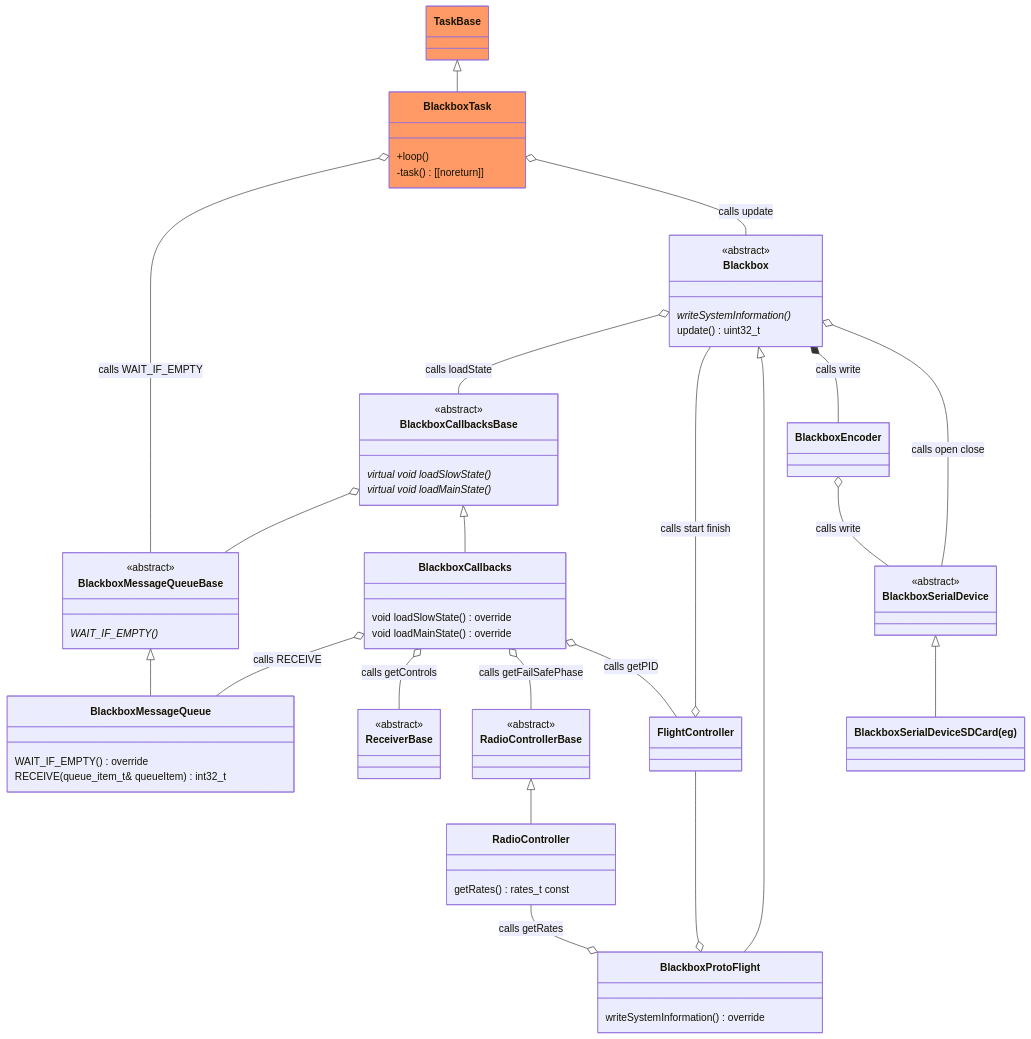
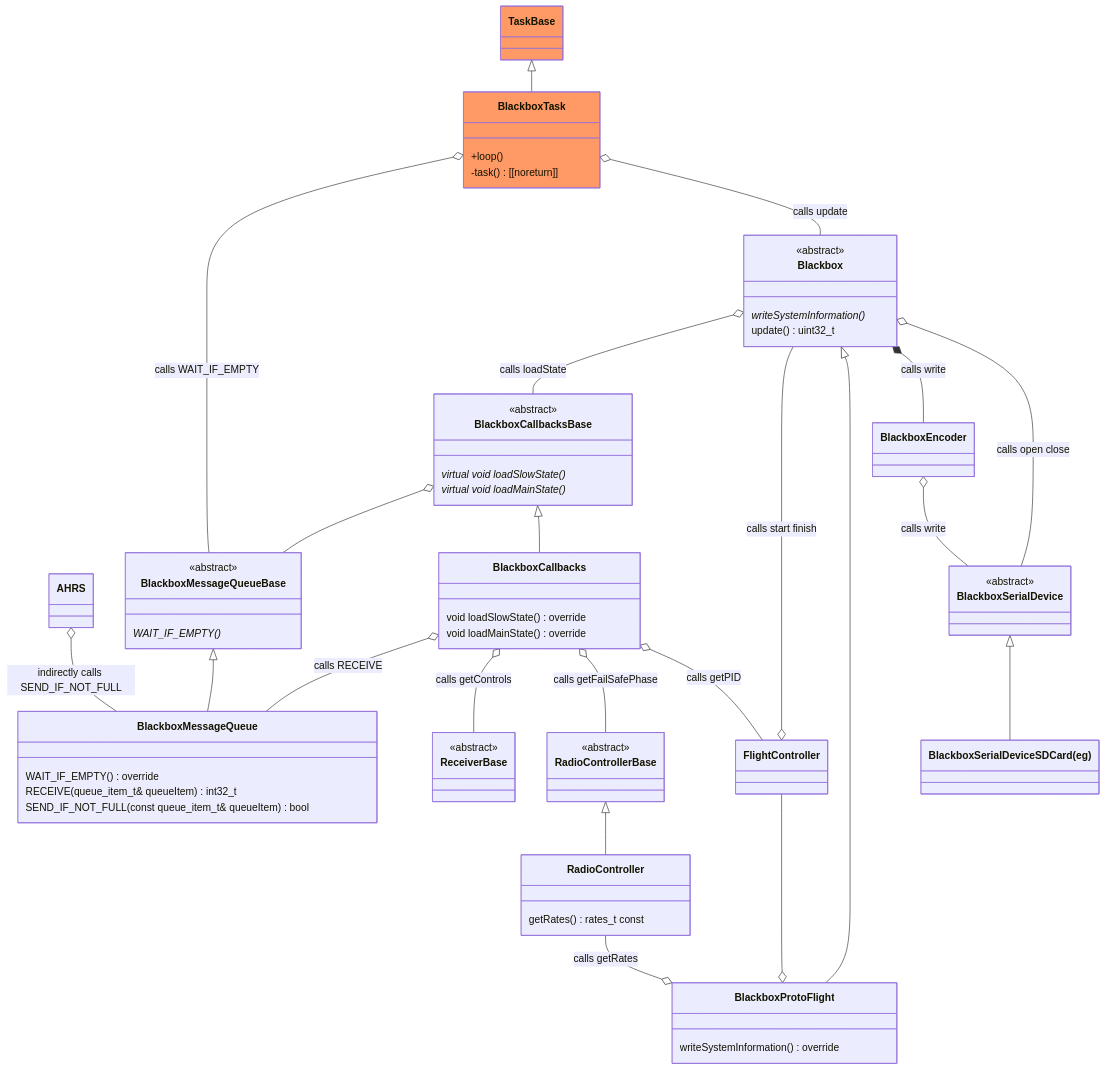
One commit to martinbudden/Protoflight changed the third of 5 diagrams in README.md. Above: the diagram before and after it, drawn with Mermaid. The commit also changed other lines of this file and 18 other files, not shown here.

Commit message:
Renamed filters_t to filters_config_t. Added debug members to FlightController and MotorMixerBase. Added output filters to FlightController. Did some work on MotorMixer dynamic idling. Improved class diagrams.

````diff
--- a/README.md
+++ b/README.md
@@ -575,5 +580,7 @@
 ```mermaid
 classDiagram
+    class AHRS {
+    }
     class Blackbox {
         <<abstract>>
         writeSystemInformation() *
@@ -591,8 +598,9 @@
     class BlackboxMessageQueue {
         WAIT_IF_EMPTY() override
         RECEIVE(queue_item_t& queueItem) int32_t
+        SEND_IF_NOT_FULL(const queue_item_t& queueItem) bool
     }
-
+    AHRS o-- BlackboxMessageQueue : indirectly calls SEND_IF_NOT_FULL
     class RadioControllerBase {
         <<abstract>>
     }
````
